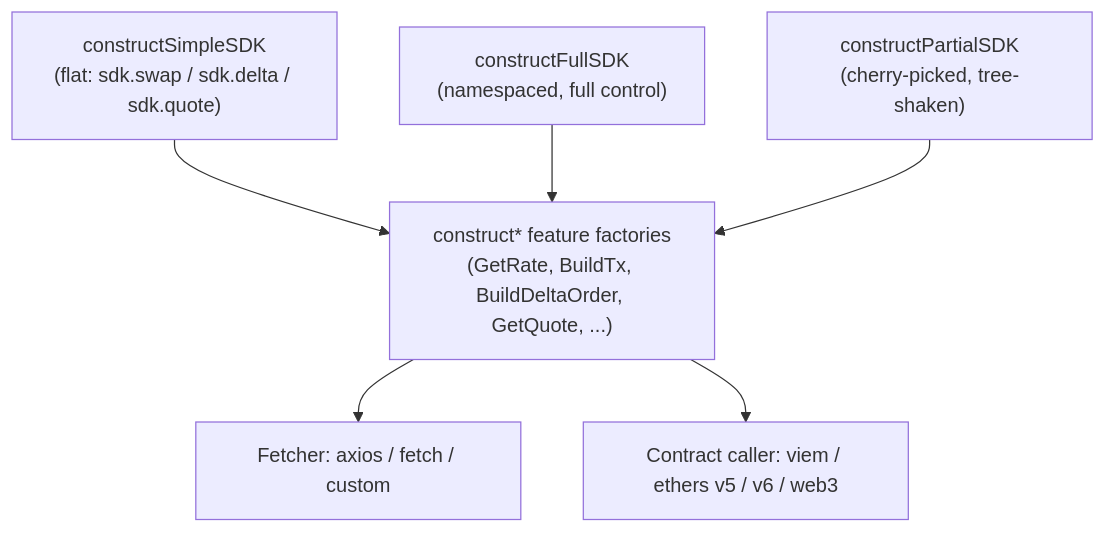
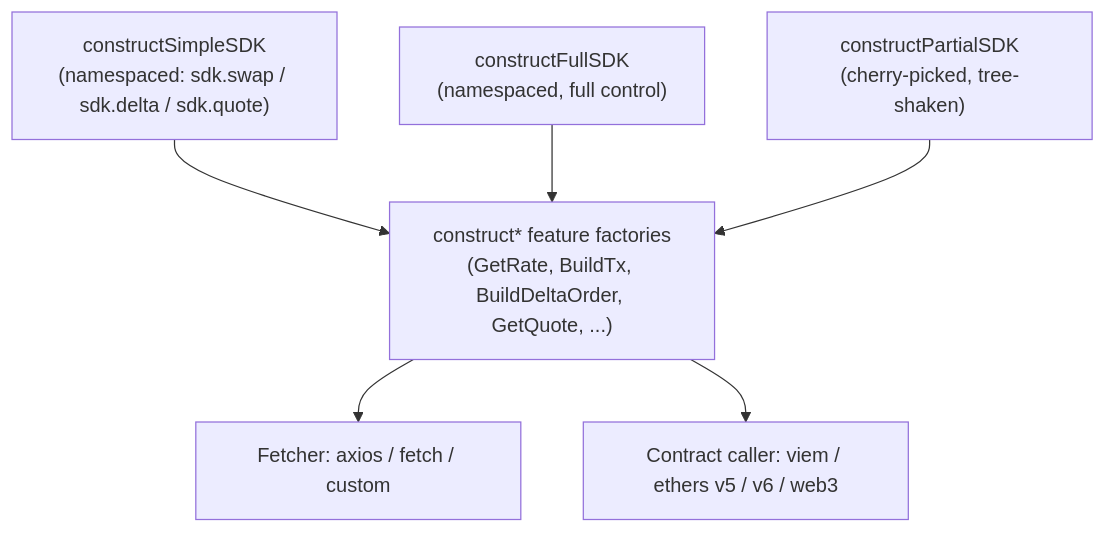
Before and after one commit to VeloraDEX/docs: the diagram in sdk/overview.mdx, drawn with Mermaid. The commit also changed other lines of this file and 12 other files, not shown here.

````diff
--- a/sdk/overview.mdx
+++ b/sdk/overview.mdx
@@ -96,9 +100,9 @@
 ```mermaid
 graph TD
-  A["constructSimpleSDK<br/>(flat: sdk.swap / sdk.delta / sdk.quote)"] --> C
+  A["constructSimpleSDK<br/>(namespaced: sdk.swap / sdk.delta / sdk.quote)"] --> C
   B["constructFullSDK<br/>(namespaced, full control)"] --> C
   D["constructPartialSDK<br/>(cherry-picked, tree-shaken)"] --> C
   C["construct* feature factories<br/>(GetRate, BuildTx, BuildDeltaOrder, GetQuote, ...)"]
   C --> E["Fetcher: axios / fetch / custom"]
   C --> F["Contract caller: viem / ethers v5 / v6 / web3"]
 ```
````
